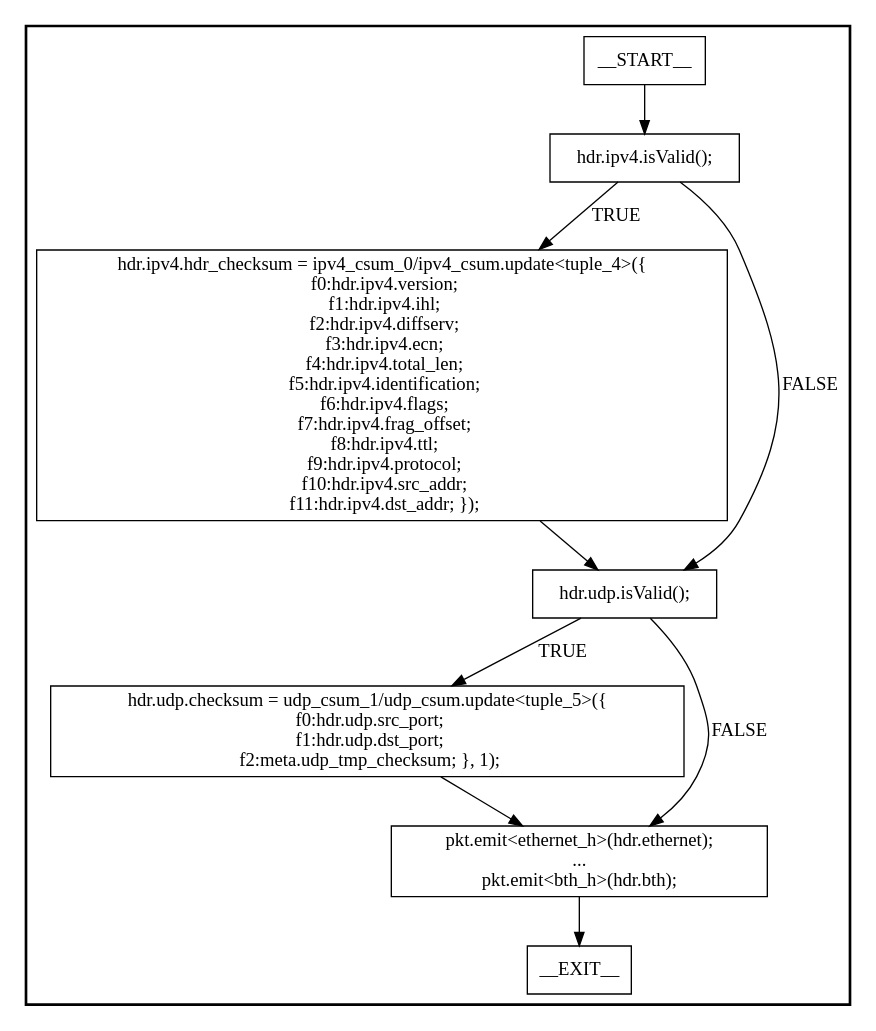
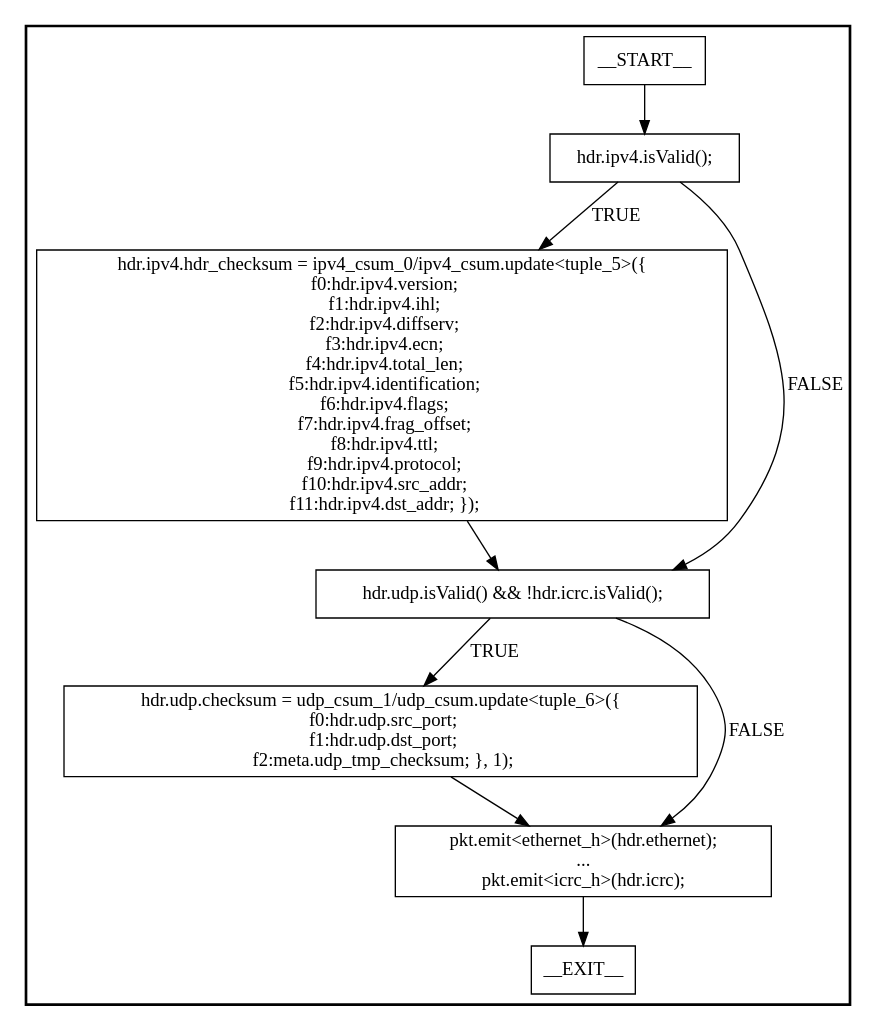
The diagram in P4/tofino2/pipe/graphs/EgressDeparser.dot (Networked-System-and-Security-Group/Themis), drawn with Graphviz before and after one commit. The commit also changed 39 other files, not shown here.

```diff
--- a/P4/tofino2/pipe/graphs/EgressDeparser.dot
+++ b/P4/tofino2/pipe/graphs/EgressDeparser.dot
@@ -1,38 +1,38 @@
 digraph EgressDeparser {
 subgraph cluster {
 graph [
 label="", labeljust=r, style=bold];
 0[label=__START__, margin="", shape=rectangle, style=solid];
 1[label=__EXIT__, margin="", shape=rectangle, style=solid];
 2[label="hdr.ipv4.isValid();", margin="", shape=rectangle, style=solid];
-3[label="hdr.ipv4.hdr_checksum = ipv4_csum_0/ipv4_csum.update<tuple_4>({
+3[label="hdr.ipv4.hdr_checksum = ipv4_csum_0/ipv4_csum.update<tuple_5>({
   f0:hdr.ipv4.version;
   f1:hdr.ipv4.ihl;
   f2:hdr.ipv4.diffserv;
   f3:hdr.ipv4.ecn;
   f4:hdr.ipv4.total_len;
   f5:hdr.ipv4.identification;
   f6:hdr.ipv4.flags;
   f7:hdr.ipv4.frag_offset;
   f8:hdr.ipv4.ttl;
   f9:hdr.ipv4.protocol;
   f10:hdr.ipv4.src_addr;
   f11:hdr.ipv4.dst_addr; });", margin="", shape=rectangle, style=solid];
-4[label="hdr.udp.isValid();", margin="", shape=rectangle, style=solid];
-5[label="hdr.udp.checksum = udp_csum_1/udp_csum.update<tuple_5>({
+4[label="hdr.udp.isValid() && !hdr.icrc.isValid();", margin="", shape=rectangle, style=solid];
+5[label="hdr.udp.checksum = udp_csum_1/udp_csum.update<tuple_6>({
   f0:hdr.udp.src_port;
   f1:hdr.udp.dst_port;
   f2:meta.udp_tmp_checksum; }, 1);", margin="", shape=rectangle, style=solid];
 6[label="pkt.emit<ethernet_h>(hdr.ethernet);
 ...
-pkt.emit<bth_h>(hdr.bth);", margin="", shape=rectangle, style=solid];
+pkt.emit<icrc_h>(hdr.icrc);", margin="", shape=rectangle, style=solid];
 0 -> 2[label=""];
 2 -> 3[label=TRUE];
 2 -> 4[label=FALSE];
 3 -> 4[label=""];
 4 -> 5[label=TRUE];
 4 -> 6[label=FALSE];
 5 -> 6[label=""];
 6 -> 1[label=""];
 }
 }
```
